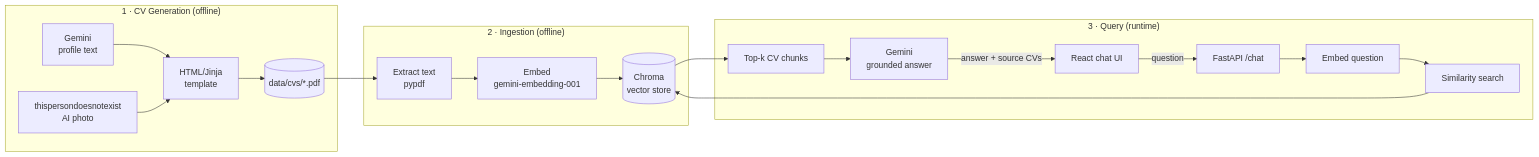
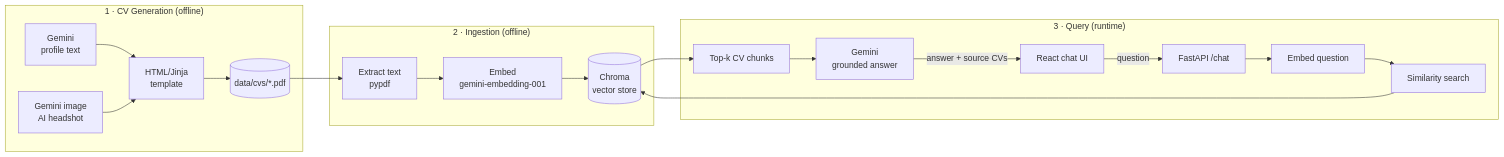
One commit to wmamedio/ai-cv-screener changed the diagram in README.md. Above: the diagram before and after it, drawn with Mermaid. The commit also changed other lines of this file and 4 other files, not shown here.

First line of the commit message:
Generate CV headshots with Gemini, fall back to OpenAI gpt-image-2

````diff
--- a/README.md
+++ b/README.md
@@ -16,19 +16,19 @@
 ```mermaid
 flowchart LR
     subgraph gen["1 · CV Generation (offline)"]
         G1[Gemini<br/>profile text] --> G3[HTML/Jinja<br/>template]
-        G2[thispersondoesnotexist<br/>AI photo] --> G3
+        G2[Gemini image<br/>AI headshot] --> G3
         G3 --> PDF[(data/cvs/*.pdf)]
     end
 
     subgraph ingest["2 · Ingestion (offline)"]
         PDF --> EX[Extract text<br/>pypdf] --> EM[Embed<br/>gemini-embedding-001] --> VDB[(Chroma<br/>vector store)]
     end
 
     subgraph serve["3 · Query (runtime)"]
         UI[React chat UI] -->|question| API[FastAPI /chat]
         API --> QE[Embed question] --> RET[Similarity search] --> VDB
         VDB --> CTX[Top-k CV chunks] --> LLM[Gemini<br/>grounded answer]
         LLM -->|answer + source CVs| UI
     end
 ```
````
